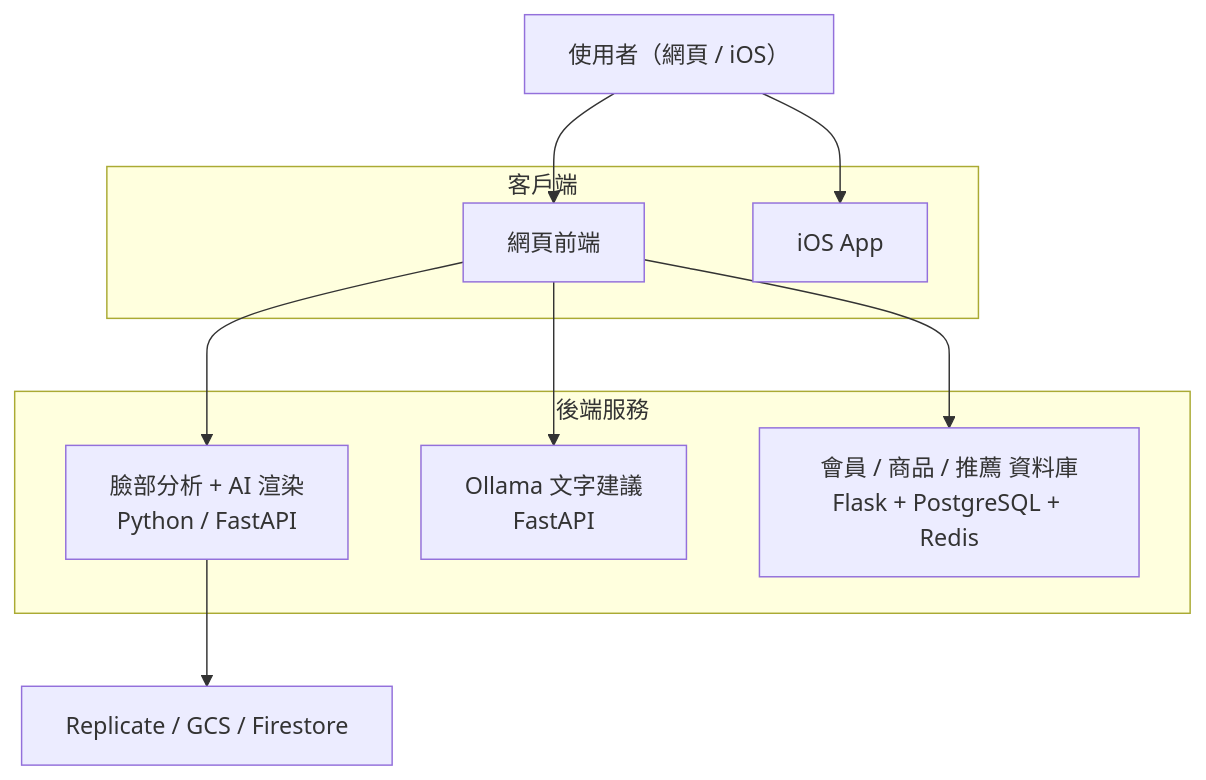
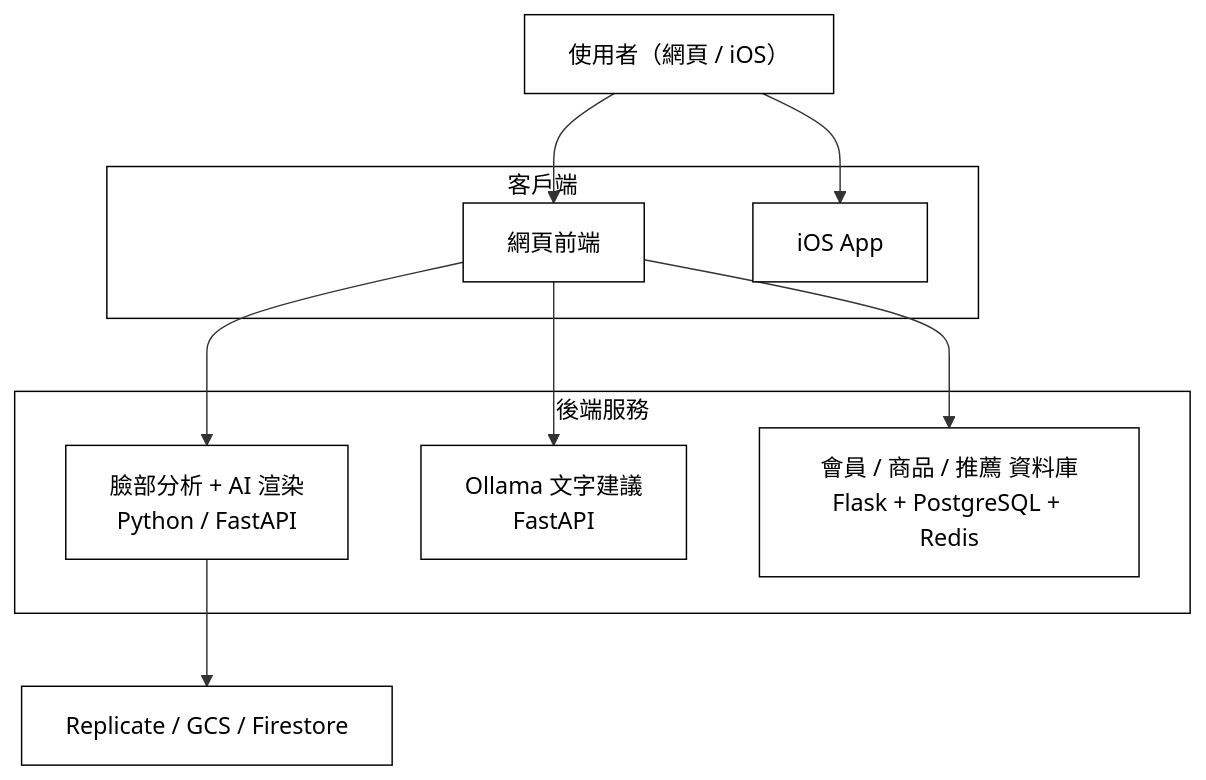
Before and after one commit to vivi930319/DecorateMeAI: the diagram in README.md, drawn with Mermaid.

Commit message:
docs: make architecture diagram monochrome

````diff
--- a/README.md
+++ b/README.md
@@ -11,21 +11,25 @@
 ```mermaid
 flowchart TB
+  classDef n fill:#ffffff,stroke:#000000,color:#000000;
   U["使用者（網頁 / iOS）"]
   subgraph C["客戶端"]
     WEB["網頁前端"]
     IOS["iOS App"]
   end
   subgraph S["後端服務"]
     FACE["臉部分析 + AI 渲染<br/>Python / FastAPI"]
     OLL["Ollama 文字建議<br/>FastAPI"]
     DBS["會員 / 商品 / 推薦 資料庫<br/>Flask + PostgreSQL + Redis"]
   end
   EXT["Replicate / GCS / Firestore"]
 
   U --> WEB
   U --> IOS
   WEB --> FACE
   WEB --> OLL
   WEB --> DBS
   FACE --> EXT
+  class U,WEB,IOS,FACE,OLL,DBS,EXT n;
+  style C fill:#ffffff,stroke:#000000,color:#000000;
+  style S fill:#ffffff,stroke:#000000,color:#000000;
 ```
````
